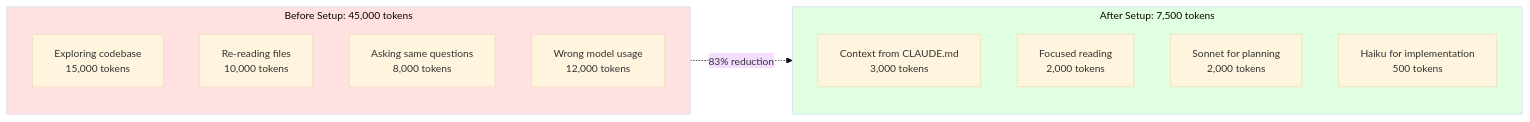
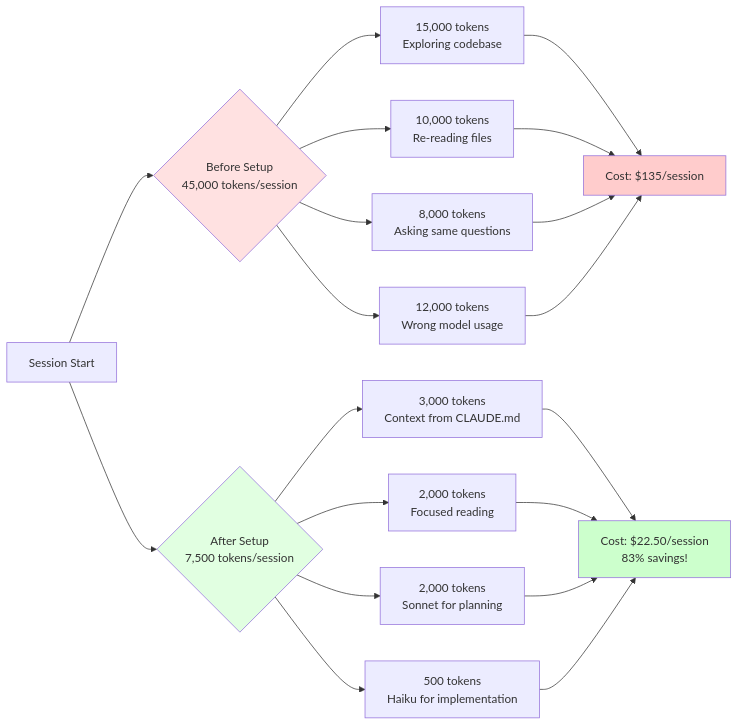
The fifth of 5 diagrams in docs/00-start-here/06_visual-guides.md (christianearle01/claude-config-template), drawn with Mermaid before and after one commit. The commit also changed other lines of this file and 1 other file, not shown here.

First line of the commit message:
docs: Replace complex Mermaid diagrams and remove ASCII duplicates

````diff
--- a/docs/00-start-here/06_visual-guides.md
+++ b/docs/00-start-here/06_visual-guides.md
@@ -228,22 +209,25 @@
 ```mermaid
-%%{init: {'theme':'base', 'themeVariables': { 'fontSize':'14px'}}}%%
-graph LR
-    subgraph Before["Before Setup: 45,000 tokens"]
-        B1["Exploring codebase<br/>15,000 tokens"]
-        B2["Re-reading files<br/>10,000 tokens"]
-        B3["Asking same questions<br/>8,000 tokens"]
-        B4["Wrong model usage<br/>12,000 tokens"]
-    end
+flowchart LR
+    Start["Session Start"] --> Before{Before Setup<br/>45,000 tokens/session}
 
-    subgraph After["After Setup: 7,500 tokens"]
-        A1["Context from CLAUDE.md<br/>3,000 tokens"]
-        A2["Focused reading<br/>2,000 tokens"]
-        A3["Sonnet for planning<br/>2,000 tokens"]
-        A4["Haiku for implementation<br/>500 tokens"]
-    end
+    Before --> B1["15,000 tokens<br/>Exploring codebase"]
+    Before --> B2["10,000 tokens<br/>Re-reading files"]
+    Before --> B3["8,000 tokens<br/>Asking same questions"]
+    Before --> B4["12,000 tokens<br/>Wrong model usage"]
 
-    Before -.->|"83% reduction"| After
+    B1 & B2 & B3 & B4 --> Cost1["Cost: $135/session"]
+
+    Start --> After{After Setup<br/>7,500 tokens/session}
+
+    After --> A1["3,000 tokens<br/>Context from CLAUDE.md"]
+    After --> A2["2,000 tokens<br/>Focused reading"]
+    After --> A3["2,000 tokens<br/>Sonnet for planning"]
+    After --> A4["500 tokens<br/>Haiku for implementation"]
+
+    A1 & A2 & A3 & A4 --> Cost2["Cost: $22.50/session<br/>83% savings!"]
 
     style Before fill:#ffe1e1
     style After fill:#e1ffe1
+    style Cost1 fill:#ffcccc
+    style Cost2 fill:#ccffcc
 ```
````
